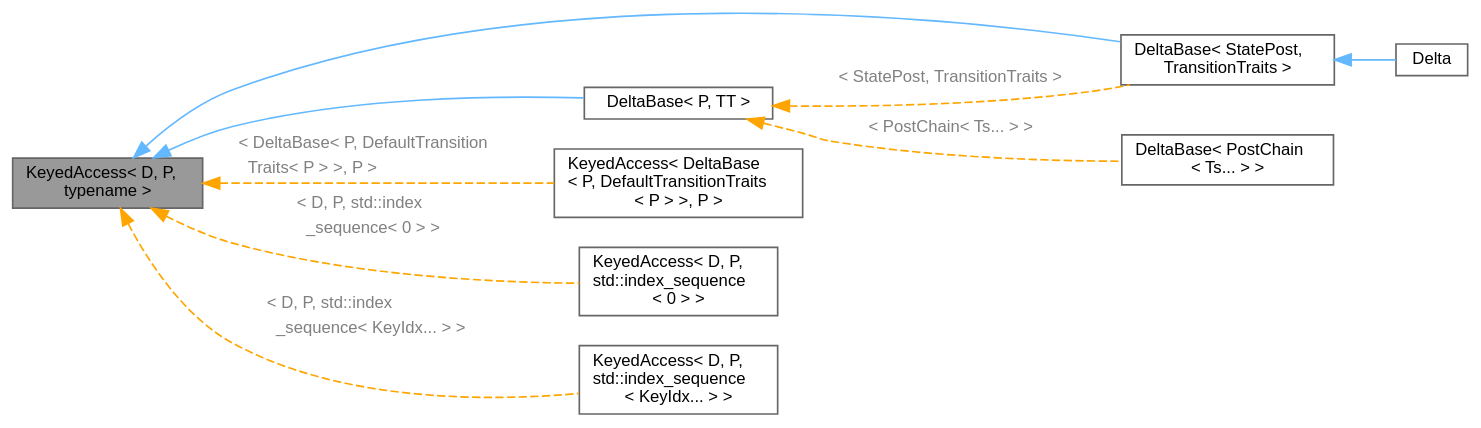
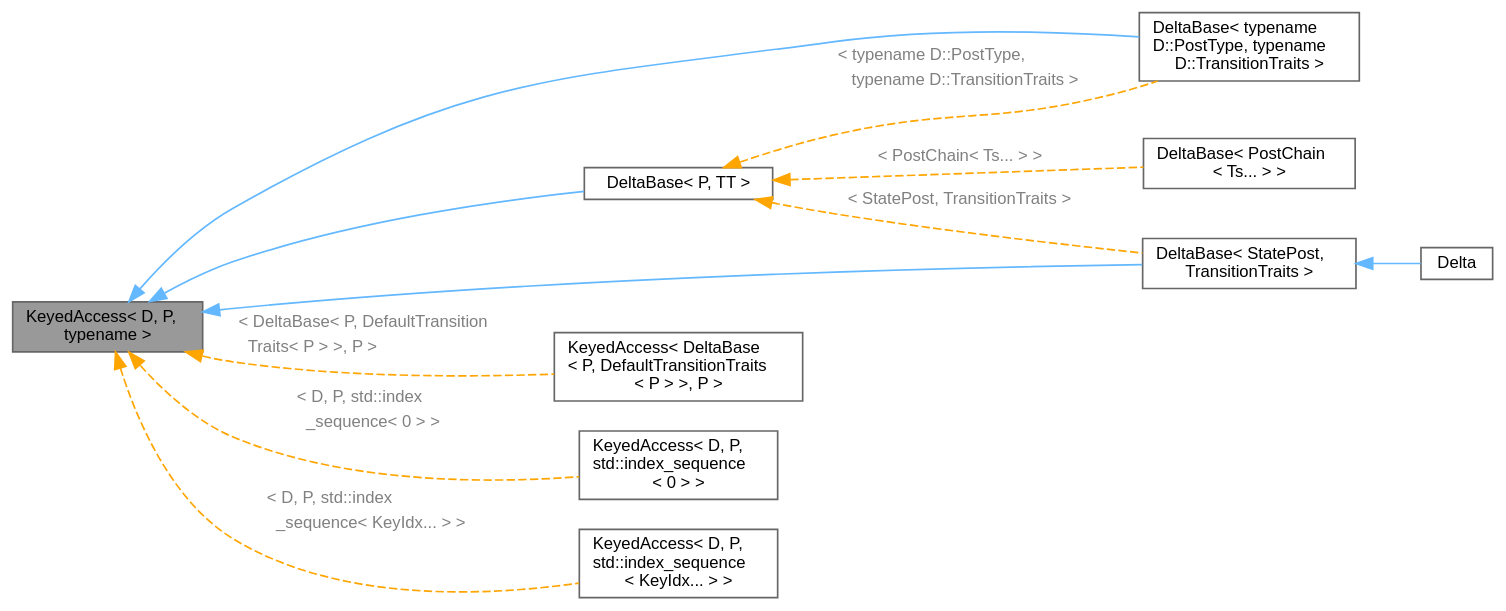
The diagram in devel/docs/cpp/classmata_1_1posts_1_1KeyedAccess__inherit__graph.dot (VeriFIT/mata), drawn with Graphviz before and after one commit. The commit also changed 196 other files, not shown here.

```diff
--- a/devel/docs/cpp/classmata_1_1posts_1_1KeyedAccess__inherit__graph.dot
+++ b/devel/docs/cpp/classmata_1_1posts_1_1KeyedAccess__inherit__graph.dot
@@ -1,32 +1,37 @@
 digraph "KeyedAccess&lt; D, P, typename &gt;"
 {
  // LATEX_PDF_SIZE
   bgcolor="transparent";
   edge [fontname=Helvetica,fontsize=10,labelfontname=Helvetica,labelfontsize=10];
   node [fontname=Helvetica,fontsize=10,shape=box,height=0.2,width=0.4];
   rankdir="LR";
   Node1 [id="Node000001",label="KeyedAccess\< D, P,\l typename \>",height=0.2,width=0.4,color="gray40", fillcolor="grey60", style="filled", fontcolor="black",tooltip="The keyed writes and lookup of a relation: one member each, at every arity."];
   Node1 -> Node2 [id="edge1_Node000001_Node000002",dir="back",color="steelblue1",style="solid",tooltip=" "];
-  Node2 [id="Node000002",label="DeltaBase\< StatePost,\l TransitionTraits \>",height=0.2,width=0.4,color="gray40", fillcolor="white", style="filled",URL="$classmata_1_1posts_1_1DeltaBase.html",tooltip=" "];
-  Node2 -> Node3 [id="edge2_Node000002_Node000003",dir="back",color="steelblue1",style="solid",tooltip=" "];
-  Node3 [id="Node000003",label="Delta",height=0.2,width=0.4,color="gray40", fillcolor="white", style="filled",URL="$classmata_1_1Delta.html",tooltip="The depth-2 relation: (state, symbol, StateSet)."];
-  Node1 -> Node4 [id="edge3_Node000001_Node000004",dir="back",color="steelblue1",style="solid",tooltip=" "];
-  Node4 [id="Node000004",label="DeltaBase\< P, TT \>",height=0.2,width=0.4,color="gray40", fillcolor="white", style="filled",URL="$classmata_1_1posts_1_1DeltaBase.html",tooltip="The generic transition relation: a vector of posts indexed by source state."];
-  Node4 -> Node5 [id="edge4_Node000004_Node000005",dir="back",color="orange",style="dashed",tooltip=" ",label=<<TABLE CELLBORDER="0" BORDER="0"><TR><TD VALIGN="top" ALIGN="LEFT" CELLPADDING="1" CELLSPACING="0">&lt; PostChain&lt; Ts... &gt; &gt;</TD></TR>
+  Node2 [id="Node000002",label="DeltaBase\< typename\l D::PostType, typename\l D::TransitionTraits \>",height=0.2,width=0.4,color="gray40", fillcolor="white", style="filled",URL="$classmata_1_1posts_1_1DeltaBase.html",tooltip=" "];
+  Node1 -> Node3 [id="edge2_Node000001_Node000003",dir="back",color="steelblue1",style="solid",tooltip=" "];
+  Node3 [id="Node000003",label="DeltaBase\< StatePost,\l TransitionTraits \>",height=0.2,width=0.4,color="gray40", fillcolor="white", style="filled",URL="$classmata_1_1posts_1_1DeltaBase.html",tooltip=" "];
+  Node3 -> Node4 [id="edge3_Node000003_Node000004",dir="back",color="steelblue1",style="solid",tooltip=" "];
+  Node4 [id="Node000004",label="Delta",height=0.2,width=0.4,color="gray40", fillcolor="white", style="filled",URL="$classmata_1_1Delta.html",tooltip="The depth-2 relation: (state, symbol, StateSet)."];
+  Node1 -> Node5 [id="edge4_Node000001_Node000005",dir="back",color="steelblue1",style="solid",tooltip=" "];
+  Node5 [id="Node000005",label="DeltaBase\< P, TT \>",height=0.2,width=0.4,color="gray40", fillcolor="white", style="filled",URL="$classmata_1_1posts_1_1DeltaBase.html",tooltip=" "];
+  Node5 -> Node2 [id="edge5_Node000005_Node000002",dir="back",color="orange",style="dashed",tooltip=" ",label=<<TABLE CELLBORDER="0" BORDER="0"><TR><TD VALIGN="top" ALIGN="LEFT" CELLPADDING="1" CELLSPACING="0">&lt; typename D::PostType,</TD></TR>
+<TR><TD VALIGN="top" ALIGN="LEFT" CELLPADDING="1" CELLSPACING="0">&nbsp;&nbsp; typename D::TransitionTraits &gt;</TD></TR>
 </TABLE>> ,fontcolor="grey" ];
-  Node5 [id="Node000005",label="DeltaBase\< PostChain\l\< Ts... \> \>",height=0.2,width=0.4,color="gray40", fillcolor="white", style="filled",URL="$classmata_1_1posts_1_1DeltaBase.html",tooltip=" "];
-  Node4 -> Node2 [id="edge5_Node000004_Node000002",dir="back",color="orange",style="dashed",tooltip=" ",label=<<TABLE CELLBORDER="0" BORDER="0"><TR><TD VALIGN="top" ALIGN="LEFT" CELLPADDING="1" CELLSPACING="0">&lt; StatePost, TransitionTraits &gt;</TD></TR>
+  Node5 -> Node6 [id="edge6_Node000005_Node000006",dir="back",color="orange",style="dashed",tooltip=" ",label=<<TABLE CELLBORDER="0" BORDER="0"><TR><TD VALIGN="top" ALIGN="LEFT" CELLPADDING="1" CELLSPACING="0">&lt; PostChain&lt; Ts... &gt; &gt;</TD></TR>
 </TABLE>> ,fontcolor="grey" ];
-  Node1 -> Node6 [id="edge6_Node000001_Node000006",dir="back",color="orange",style="dashed",tooltip=" ",label=<<TABLE CELLBORDER="0" BORDER="0"><TR><TD VALIGN="top" ALIGN="LEFT" CELLPADDING="1" CELLSPACING="0">&lt; DeltaBase&lt; P, DefaultTransition</TD></TR>
+  Node6 [id="Node000006",label="DeltaBase\< PostChain\l\< Ts... \> \>",height=0.2,width=0.4,color="gray40", fillcolor="white", style="filled",URL="$classmata_1_1posts_1_1DeltaBase.html",tooltip=" "];
+  Node5 -> Node3 [id="edge7_Node000005_Node000003",dir="back",color="orange",style="dashed",tooltip=" ",label=<<TABLE CELLBORDER="0" BORDER="0"><TR><TD VALIGN="top" ALIGN="LEFT" CELLPADDING="1" CELLSPACING="0">&lt; StatePost, TransitionTraits &gt;</TD></TR>
+</TABLE>> ,fontcolor="grey" ];
+  Node1 -> Node7 [id="edge8_Node000001_Node000007",dir="back",color="orange",style="dashed",tooltip=" ",label=<<TABLE CELLBORDER="0" BORDER="0"><TR><TD VALIGN="top" ALIGN="LEFT" CELLPADDING="1" CELLSPACING="0">&lt; DeltaBase&lt; P, DefaultTransition</TD></TR>
 <TR><TD VALIGN="top" ALIGN="LEFT" CELLPADDING="1" CELLSPACING="0">&nbsp;&nbsp;Traits&lt; P &gt; &gt;, P &gt;</TD></TR>
 </TABLE>> ,fontcolor="grey" ];
-  Node6 [id="Node000006",label="KeyedAccess\< DeltaBase\l\< P, DefaultTransitionTraits\l\< P \> \>, P \>",height=0.2,width=0.4,color="gray40", fillcolor="white", style="filled",URL="$classmata_1_1posts_1_1KeyedAccess.html",tooltip=" "];
-  Node1 -> Node7 [id="edge7_Node000001_Node000007",dir="back",color="orange",style="dashed",tooltip=" ",label=<<TABLE CELLBORDER="0" BORDER="0"><TR><TD VALIGN="top" ALIGN="LEFT" CELLPADDING="1" CELLSPACING="0">&lt; D, P, std::index</TD></TR>
+  Node7 [id="Node000007",label="KeyedAccess\< DeltaBase\l\< P, DefaultTransitionTraits\l\< P \> \>, P \>",height=0.2,width=0.4,color="gray40", fillcolor="white", style="filled",URL="$classmata_1_1posts_1_1KeyedAccess.html",tooltip=" "];
+  Node1 -> Node8 [id="edge9_Node000001_Node000008",dir="back",color="orange",style="dashed",tooltip=" ",label=<<TABLE CELLBORDER="0" BORDER="0"><TR><TD VALIGN="top" ALIGN="LEFT" CELLPADDING="1" CELLSPACING="0">&lt; D, P, std::index</TD></TR>
 <TR><TD VALIGN="top" ALIGN="LEFT" CELLPADDING="1" CELLSPACING="0">&nbsp;&nbsp;_sequence&lt; 0 &gt; &gt;</TD></TR>
 </TABLE>> ,fontcolor="grey" ];
-  Node7 [id="Node000007",label="KeyedAccess\< D, P,\l std::index_sequence\l\< 0 \> \>",height=0.2,width=0.4,color="gray40", fillcolor="white", style="filled",URL="$classmata_1_1posts_1_1KeyedAccess_3_01D_00_01P_00_01std_1_1index__sequence_3_010_01_4_01_4.html",tooltip="Specialisation of KeyedAccess for arity 1."];
-  Node1 -> Node8 [id="edge8_Node000001_Node000008",dir="back",color="orange",style="dashed",tooltip=" ",label=<<TABLE CELLBORDER="0" BORDER="0"><TR><TD VALIGN="top" ALIGN="LEFT" CELLPADDING="1" CELLSPACING="0">&lt; D, P, std::index</TD></TR>
+  Node8 [id="Node000008",label="KeyedAccess\< D, P,\l std::index_sequence\l\< 0 \> \>",height=0.2,width=0.4,color="gray40", fillcolor="white", style="filled",URL="$classmata_1_1posts_1_1KeyedAccess_3_01D_00_01P_00_01std_1_1index__sequence_3_010_01_4_01_4.html",tooltip="Specialisation of KeyedAccess for arity 1."];
+  Node1 -> Node9 [id="edge10_Node000001_Node000009",dir="back",color="orange",style="dashed",tooltip=" ",label=<<TABLE CELLBORDER="0" BORDER="0"><TR><TD VALIGN="top" ALIGN="LEFT" CELLPADDING="1" CELLSPACING="0">&lt; D, P, std::index</TD></TR>
 <TR><TD VALIGN="top" ALIGN="LEFT" CELLPADDING="1" CELLSPACING="0">&nbsp;&nbsp;_sequence&lt; KeyIdx... &gt; &gt;</TD></TR>
 </TABLE>> ,fontcolor="grey" ];
-  Node8 [id="Node000008",label="KeyedAccess\< D, P,\l std::index_sequence\l\< KeyIdx... \> \>",height=0.2,width=0.4,color="gray40", fillcolor="white", style="filled",URL="$classmata_1_1posts_1_1KeyedAccess_3_01D_00_01P_00_01std_1_1index__sequence_3_01KeyIdx_8_8_8_01_4_01_4.html",tooltip=" "];
+  Node9 [id="Node000009",label="KeyedAccess\< D, P,\l std::index_sequence\l\< KeyIdx... \> \>",height=0.2,width=0.4,color="gray40", fillcolor="white", style="filled",URL="$classmata_1_1posts_1_1KeyedAccess_3_01D_00_01P_00_01std_1_1index__sequence_3_01KeyIdx_8_8_8_01_4_01_4.html",tooltip=" "];
 }
```
